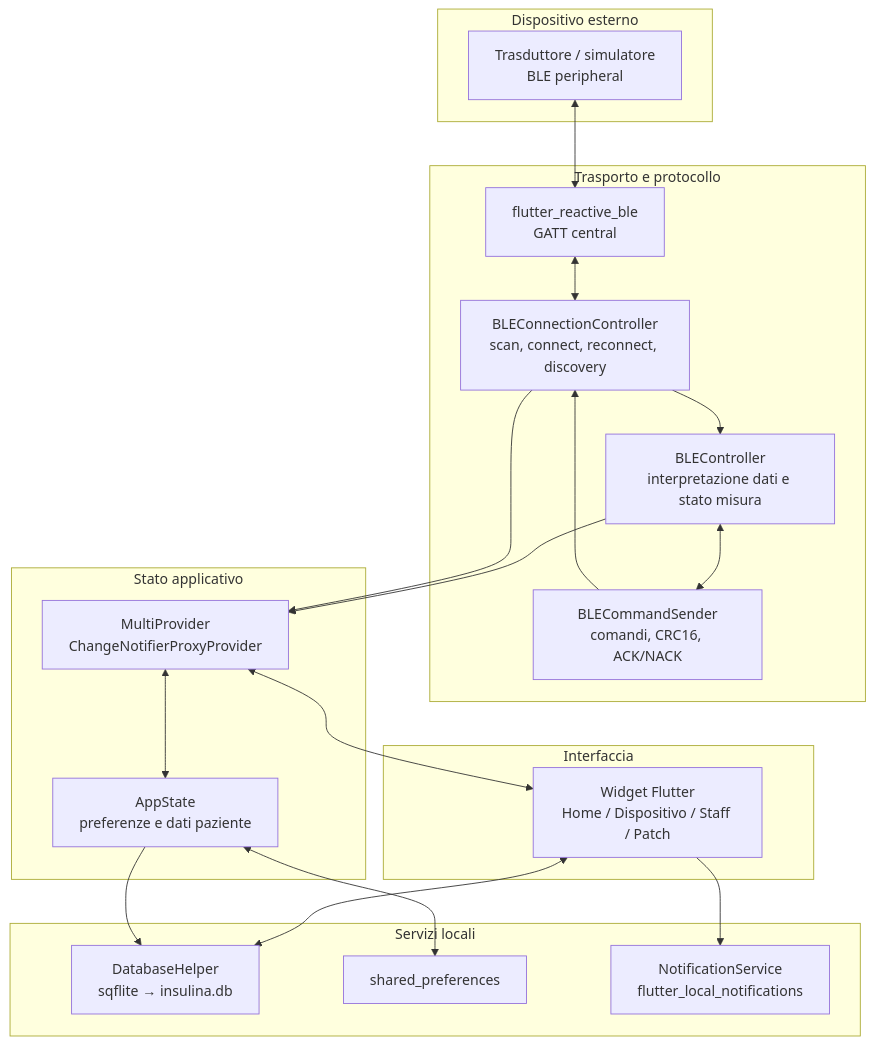
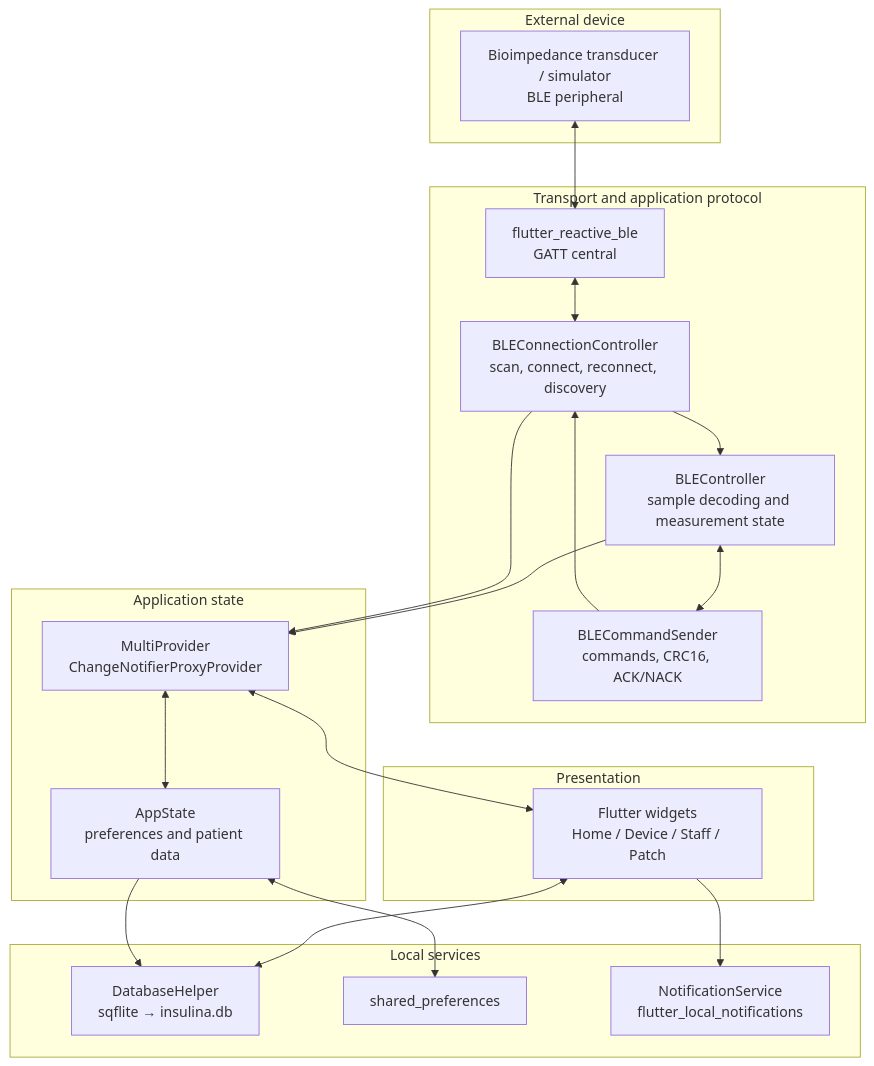
The first of 2 diagrams in docs/ARCHITECTURE.md (deewmike/InsulinGuard), drawn with Mermaid before and after one commit. The commit also changed other lines of this file and 7 other files, not shown here.

````diff
--- a/docs/ARCHITECTURE.md
+++ b/docs/ARCHITECTURE.md
@@ -9,37 +9,37 @@
 ```mermaid
 flowchart TB
-  subgraph hardware[Dispositivo esterno]
-    D["Trasduttore / simulatore\nBLE peripheral"]
+  subgraph hardware[External device]
+    D["Bioimpedance transducer / simulator\nBLE peripheral"]
   end
-  subgraph transport[Trasporto e protocollo]
+  subgraph transport[Transport and application protocol]
     R["flutter_reactive_ble\nGATT central"]
     CONN["BLEConnectionController\nscan, connect, reconnect, discovery"]
-    HANDLER["BLEController\ninterpretazione dati e stato misura"]
-    CMD["BLECommandSender\ncomandi, CRC16, ACK/NACK"]
+    HANDLER["BLEController\nsample decoding and measurement state"]
+    CMD["BLECommandSender\ncommands, CRC16, ACK/NACK"]
   end
-  subgraph state[Stato applicativo]
+  subgraph state[Application state]
     P["MultiProvider\nChangeNotifierProxyProvider"]
-    APP["AppState\npreferenze e dati paziente"]
+    APP["AppState\npreferences and patient data"]
   end
-  subgraph presentation[Interfaccia]
-    UI["Widget Flutter\nHome / Dispositivo / Staff / Patch"]
+  subgraph presentation[Presentation]
+    UI["Flutter widgets\nHome / Device / Staff / Patch"]
   end
-  subgraph persistence[Servizi locali]
+  subgraph persistence[Local services]
     DB["DatabaseHelper\nsqflite → insulina.db"]
     PREF["shared_preferences"]
     NOTIF["NotificationService\nflutter_local_notifications"]
   end
   D <--> R
   R <--> CONN
   CONN --> HANDLER
   HANDLER <--> CMD
   CMD --> CONN
   HANDLER --> P
   CONN --> P
   P <--> UI
   P <--> APP
   APP <--> PREF
   UI <--> DB
   APP --> DB
   UI --> NOTIF
 ```
````
